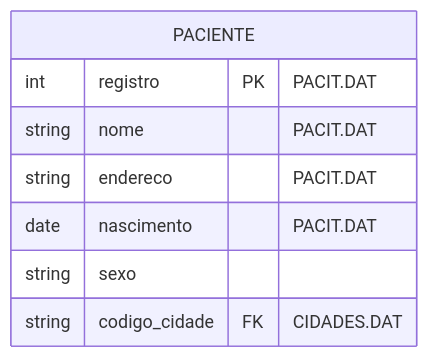
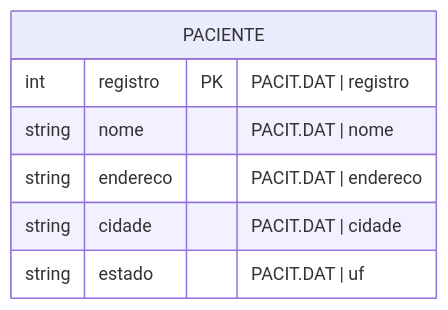
The diagram in Módulos/Recepção/Entidades/Paciente (PACIT.DAT, PACIT2.DAT, PACIT3.DAT).md (Nicolas-CustomCode/refactor-hospital-maternidade), drawn with Mermaid before and after one commit. The commit also changed 9 other files, not shown here.

````diff
--- a/Módulos/Recepção/Entidades/Paciente (PACIT.DAT, PACIT2.DAT, PACIT3.DAT).md
+++ b/Módulos/Recepção/Entidades/Paciente (PACIT.DAT, PACIT2.DAT, PACIT3.DAT).md
@@ -13,12 +13,11 @@
 ```mermaid
 erDiagram
 PACIENTE {
-	int registro PK "PACIT.DAT"
-	string nome "PACIT.DAT"
-	string endereco "PACIT.DAT"
-	date nascimento "PACIT.DAT"
-	string sexo
+	int registro PK "PACIT.DAT | registro"
+	string nome "PACIT.DAT | nome"
+	string endereco "PACIT.DAT | endereco"
+	string cidade "PACIT.DAT | cidade"
+	string estado "PACIT.DAT | uf"
 	
-	string codigo_cidade FK "CIDADES.DAT"
 }
 ```
````
